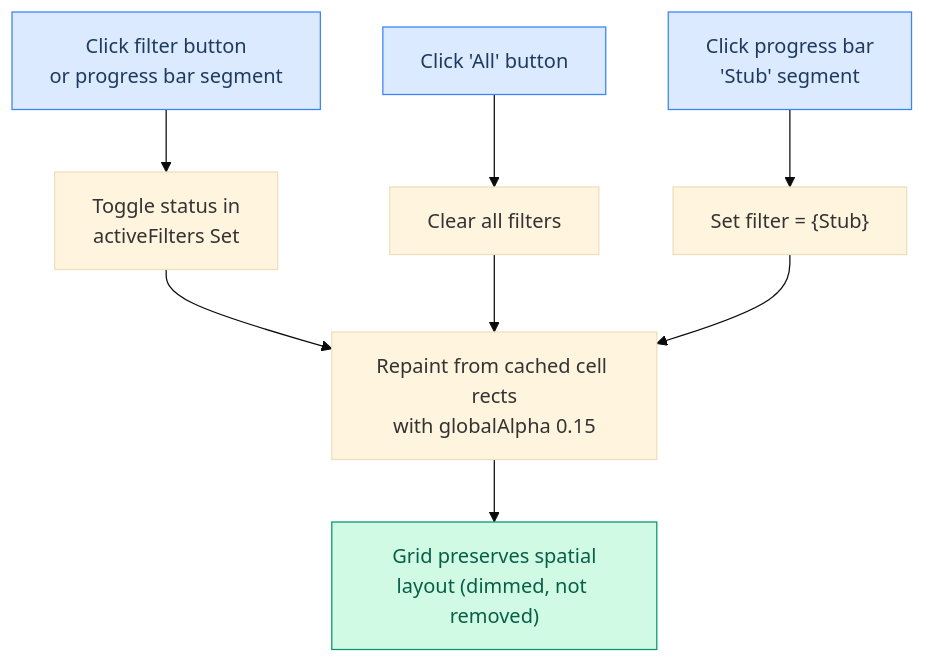
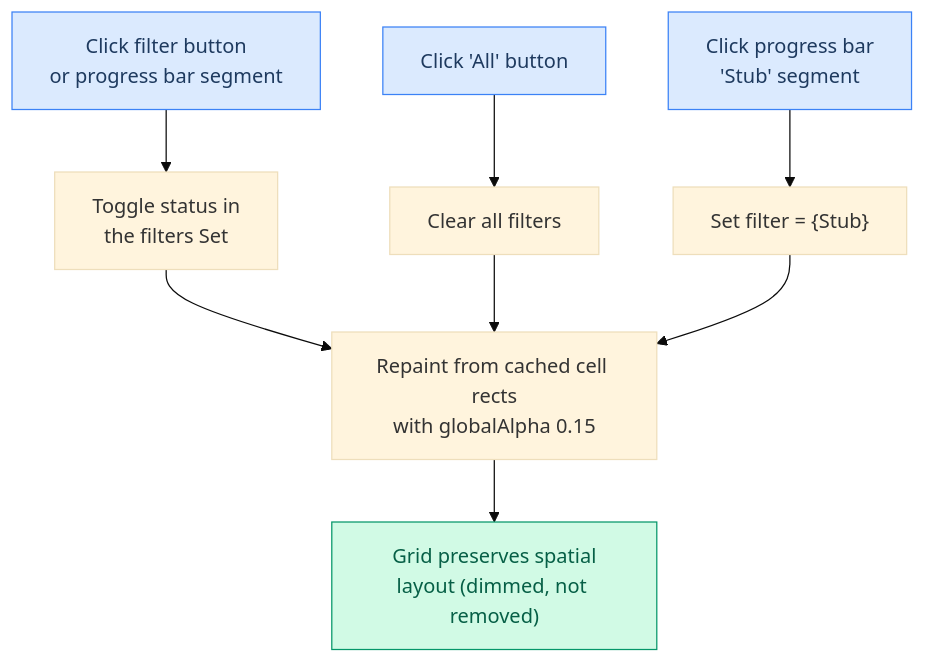
Before and after one commit to maci0/recoverage: the fourth of 18 diagrams in docs/USER_STORIES.md, drawn with Mermaid (base theme). The commit also changed other lines of this file and 6 other files, not shown here.

````diff
--- a/docs/USER_STORIES.md
+++ b/docs/USER_STORIES.md
@@ -133,18 +132,18 @@
 ```mermaid
 graph TD
-    A["Click filter button<br/>or progress bar segment"] --> B["Toggle status in<br/>activeFilters Set"]
+    A["Click filter button<br/>or progress bar segment"] --> B["Toggle status in<br/>the filters Set"]
     B --> C["Repaint from cached cell rects<br/>with globalAlpha 0.15"]
 
     E["Click 'All' button"] --> F["Clear all filters"]
     F --> C
 
     G["Click progress bar<br/>'Stub' segment"] --> H["Set filter = {Stub}"]
     H --> C
 
     C --> I["Grid preserves spatial<br/>layout (dimmed, not removed)"]
 
     style A fill:#dbeafe,stroke:#3b82f6,color:#1e3a5f
     style E fill:#dbeafe,stroke:#3b82f6,color:#1e3a5f
     style G fill:#dbeafe,stroke:#3b82f6,color:#1e3a5f
     style I fill:#d1fae5,stroke:#059669,color:#065f46
 ```
````
